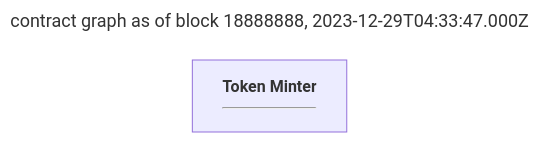
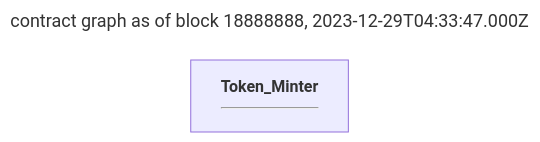
One commit to rootminus0x1/eat changed the diagram in test/results/token-minter.diagram.md. Above: the diagram before and after it, drawn with Mermaid. The commit also changed 13 other files, not shown here.

````diff
--- a/test/results/token-minter.diagram.md
+++ b/test/results/token-minter.diagram.md
@@ -1,11 +1,11 @@
 ```mermaid
 ---
 title: contract graph as of block 18888888, 2023-12-29T04:33:47.000Z
 ---
 %%{init: {"flowchart": {"defaultRenderer": "default"}} }%%
 flowchart TB
 
-0xC8b194925D55d5dE9555AD1db74c149329F71DeF["<b>Token Minter</b><br><hr>"]:::contract
+0xC8b194925D55d5dE9555AD1db74c149329F71DeF["<b>Token_Minter</b><br><hr>"]:::contract
 click 0xC8b194925D55d5dE9555AD1db74c149329F71DeF "https://etherscan.io/address/0xC8b194925D55d5dE9555AD1db74c149329F71DeF#code"
 
 ```
````
